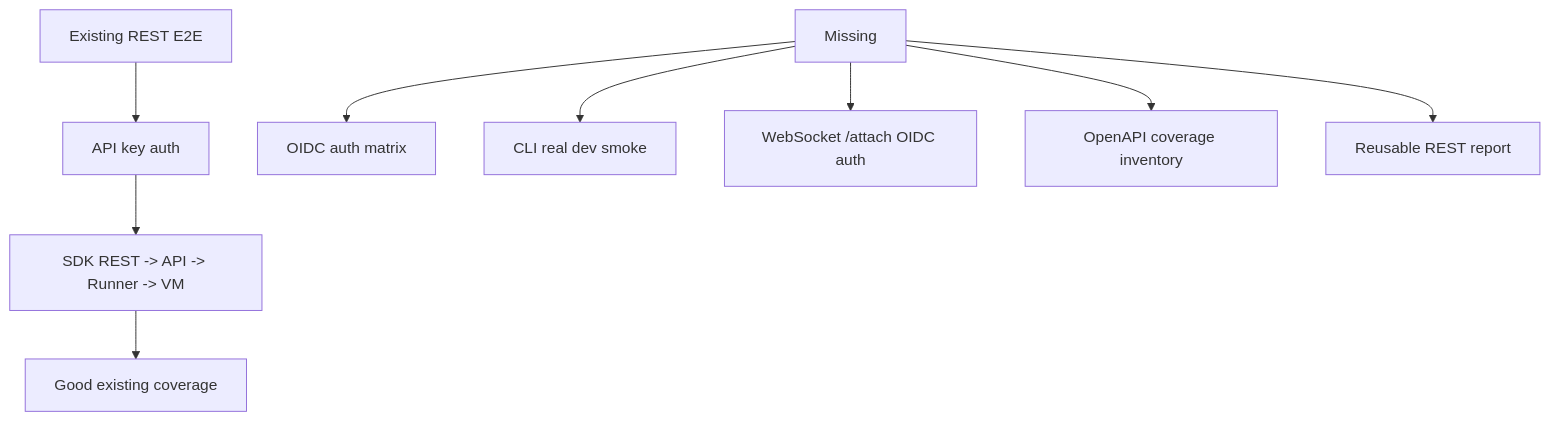
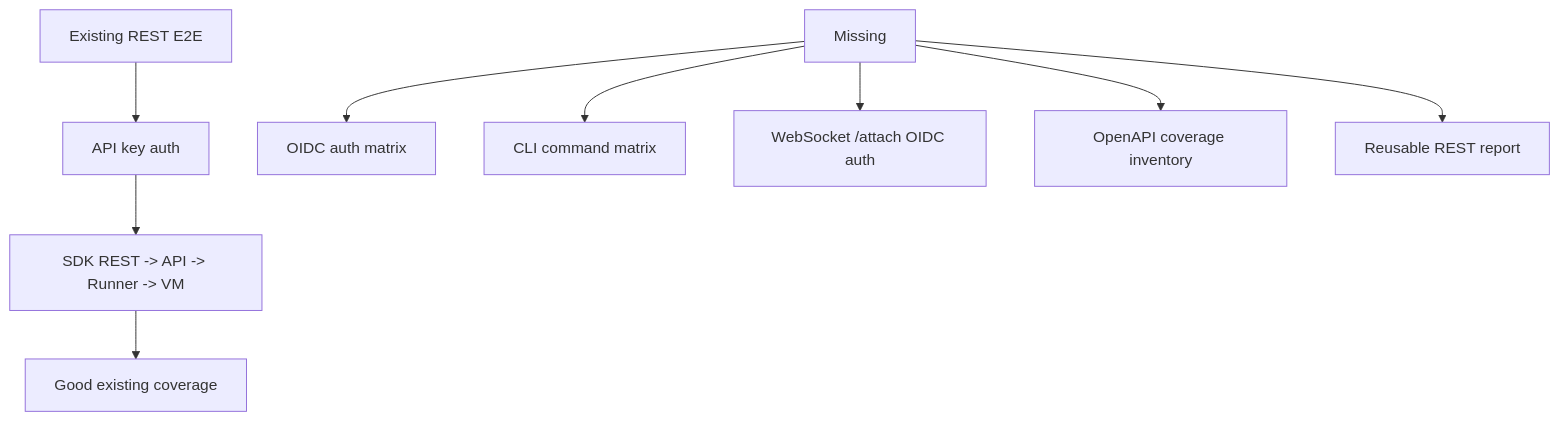
Before and after one commit to boxlite-ai/boxlite: the first of 3 diagrams in docs/plans/2026-06-16-rest-api-e2e-oidc-design.md, drawn with Mermaid. The commit also changed other lines of this file and 1 other file, not shown here.

Commit message:
docs: expand REST CLI matrix plan

````diff
--- a/docs/plans/2026-06-16-rest-api-e2e-oidc-design.md
+++ b/docs/plans/2026-06-16-rest-api-e2e-oidc-design.md
@@ -36,12 +37,12 @@
 ```mermaid
 flowchart TD
   A["Existing REST E2E"] --> B["API key auth"]
   B --> C["SDK REST -> API -> Runner -> VM"]
   C --> D["Good existing coverage"]
 
   E["Missing"] --> F["OIDC auth matrix"]
-  E --> G["CLI real dev smoke"]
+  E --> G["CLI command matrix"]
   E --> H["WebSocket /attach OIDC auth"]
   E --> I["OpenAPI coverage inventory"]
   E --> J["Reusable REST report"]
 ```
````
